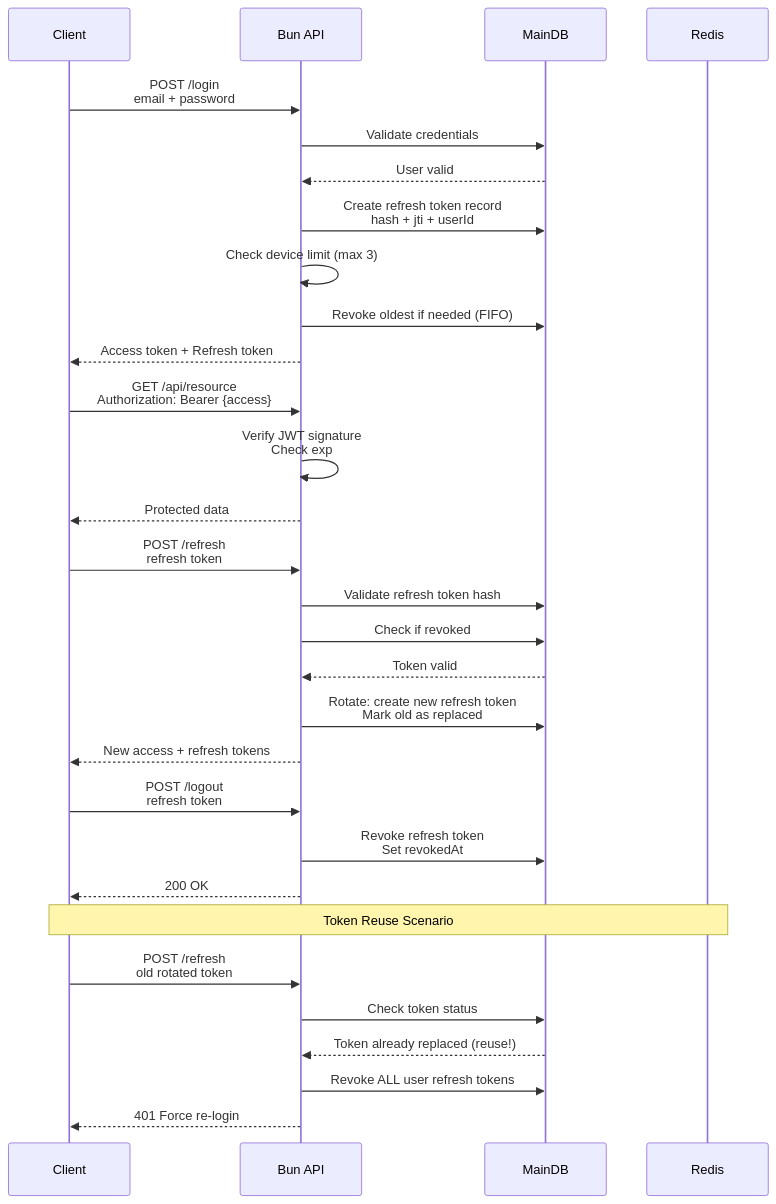
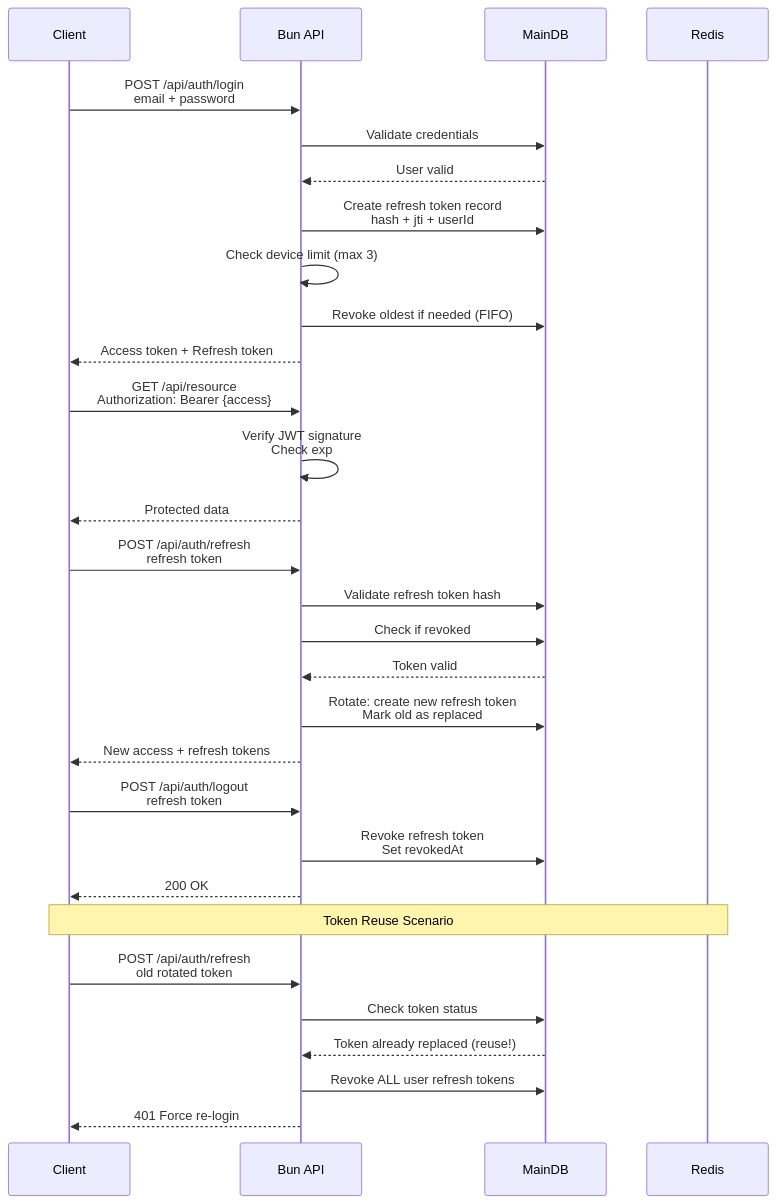
Before and after one commit to nghyane/VSTEP: the diagram in docs/capstone/specs/authentication.vi.md, drawn with Mermaid. The commit also changed other lines of this file and 6 other files, not shown here.

First line of the commit message:
docs(specs): unify architecture - remove FastAPI layer, standardize endpoints, add SSE spec

````diff
--- a/docs/capstone/specs/authentication.vi.md
+++ b/docs/capstone/specs/authentication.vi.md
@@ -9,42 +9,42 @@
 ```mermaid
 sequenceDiagram
     participant C as Client
     participant API as Bun API
     participant DB as MainDB
     participant Redis as Redis
 
     %% Login
-    C->>API: POST /login<br/>email + password
+    C->>API: POST /api/auth/login<br/>email + password
     API->>DB: Validate credentials
     DB-->>API: User valid
     API->>DB: Create refresh token record<br/>hash + jti + userId
     API->>API: Check device limit (max 3)
     API->>DB: Revoke oldest if needed (FIFO)
     API-->>C: Access token + Refresh token
 
     %% Access Protected Resource
     C->>API: GET /api/resource<br/>Authorization: Bearer {access}
     API->>API: Verify JWT signature<br/>Check exp
     API-->>C: Protected data
 
     %% Token Refresh
-    C->>API: POST /refresh<br/>refresh token
+    C->>API: POST /api/auth/refresh<br/>refresh token
     API->>DB: Validate refresh token hash
     API->>DB: Check if revoked
     DB-->>API: Token valid
     API->>DB: Rotate: create new refresh token<br/>Mark old as replaced
     API-->>C: New access + refresh tokens
 
     %% Logout
-    C->>API: POST /logout<br/>refresh token
+    C->>API: POST /api/auth/logout<br/>refresh token
     API->>DB: Revoke refresh token<br/>Set revokedAt
     API-->>C: 200 OK
 
     %% Token Reuse Detection
     Note over C,Redis: Token Reuse Scenario
-    C->>API: POST /refresh<br/>old rotated token
+    C->>API: POST /api/auth/refresh<br/>old rotated token
     API->>DB: Check token status
     DB-->>API: Token already replaced (reuse!)
     API->>DB: Revoke ALL user refresh tokens
     API-->>C: 401 Force re-login
 ```
````
